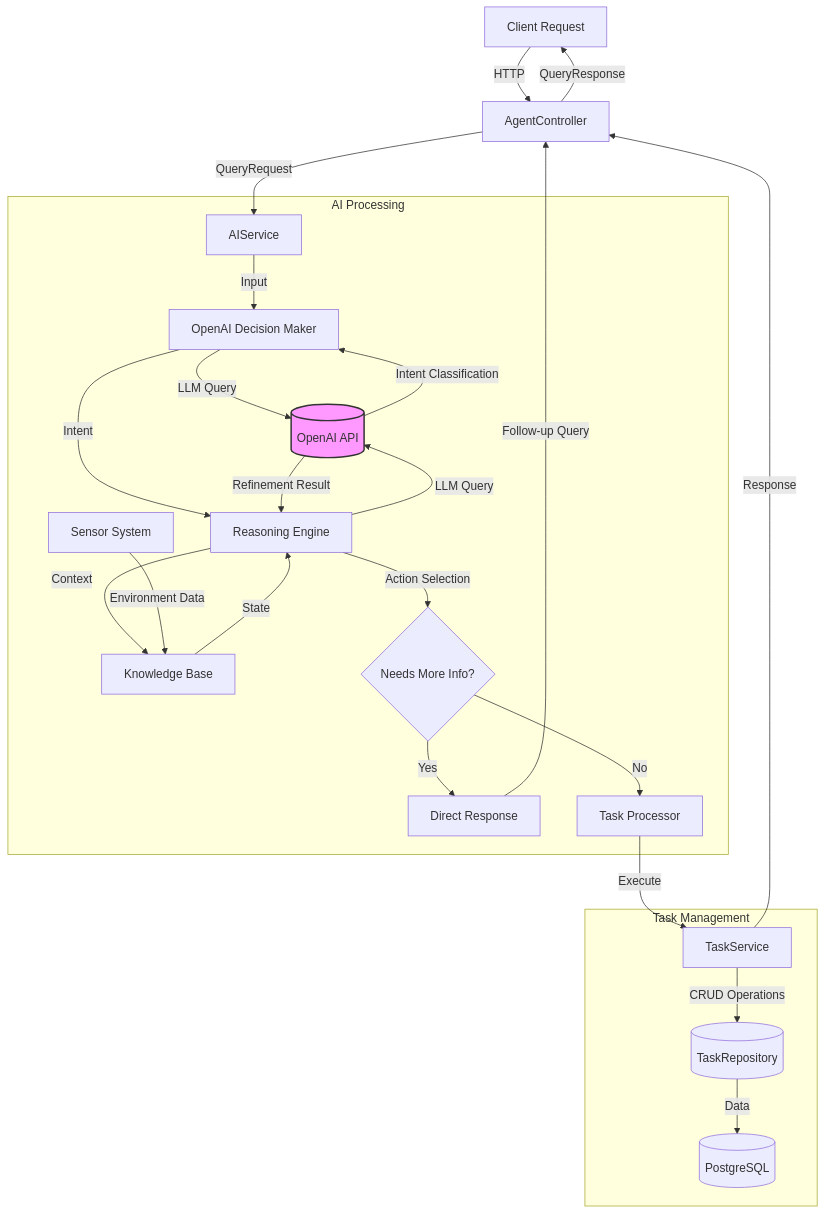
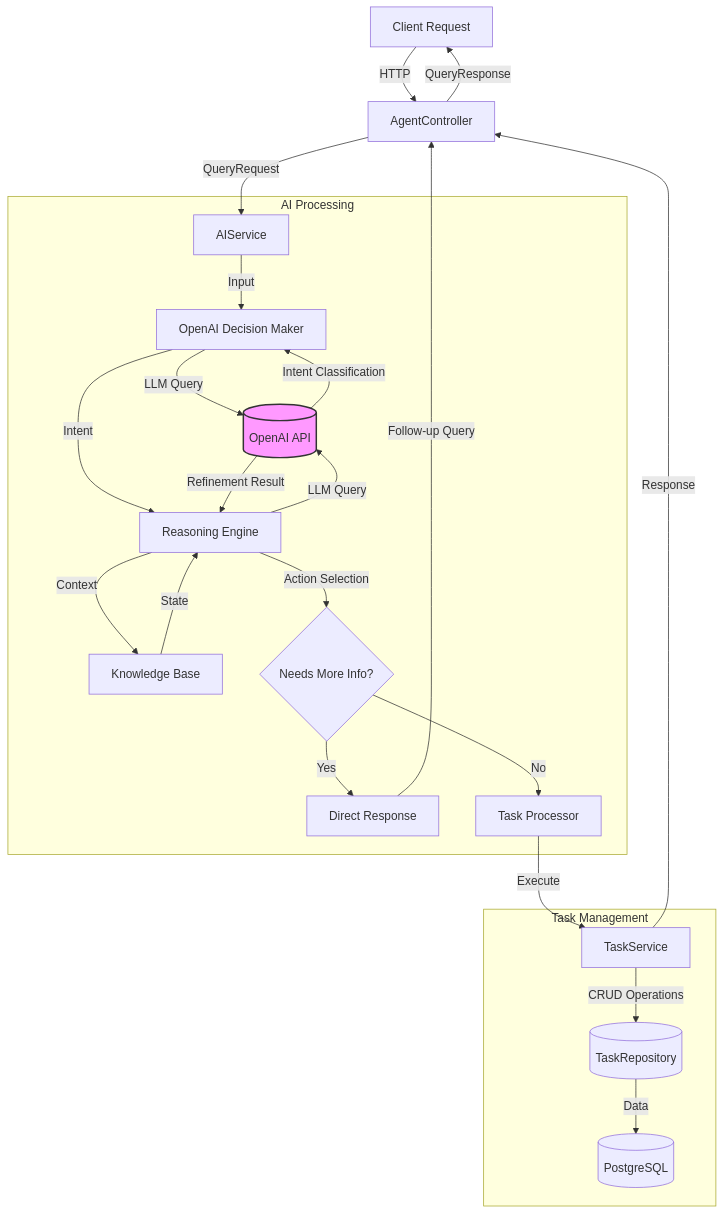
Before and after one commit to adamalsalman75/agent: the diagram in backend/README.md, drawn with Mermaid. The commit also changed other lines of this file and 3 other files, not shown here.

````diff
--- a/backend/README.md
+++ b/backend/README.md
@@ -122,36 +131,35 @@
 ```mermaid
 graph TD
     Client[Client Request] -->|HTTP| Controller[AgentController]
     Controller -->|QueryRequest| AIService[AIService]
     
     subgraph "AI Processing"
         AIService -->|Input| DecisionMaker[OpenAI Decision Maker]
         DecisionMaker -->|LLM Query| OpenAI[(OpenAI API)]
         OpenAI -->|Intent Classification| DecisionMaker
         
         DecisionMaker -->|Intent| ReasoningEngine[Reasoning Engine]
         ReasoningEngine -->|LLM Query| OpenAI
         OpenAI -->|Refinement Result| ReasoningEngine
         
         ReasoningEngine -->|Context| KnowledgeBase[Knowledge Base]
-        SensorSystem[Sensor System] -->|Environment Data| KnowledgeBase
         KnowledgeBase -->|State| ReasoningEngine
         
         ReasoningEngine -->|Action Selection| Decision{Needs More Info?}
         Decision -->|Yes| DirectResponse[Direct Response]
         Decision -->|No| TaskProcessor[Task Processor]
     end
     
     subgraph "Task Management"
         TaskProcessor -->|Execute| TaskService[TaskService]
         TaskService -->|CRUD Operations| Repository[(TaskRepository)]
         Repository -->|Data| Database[(PostgreSQL)]
     end
     
     DirectResponse -->|Follow-up Query| Controller
     TaskService -->|Response| Controller
     Controller -->|QueryResponse| Client
 
     classDef llm fill:#f9f,stroke:#333,stroke-width:2px;
     class OpenAI llm;
 ```
````
